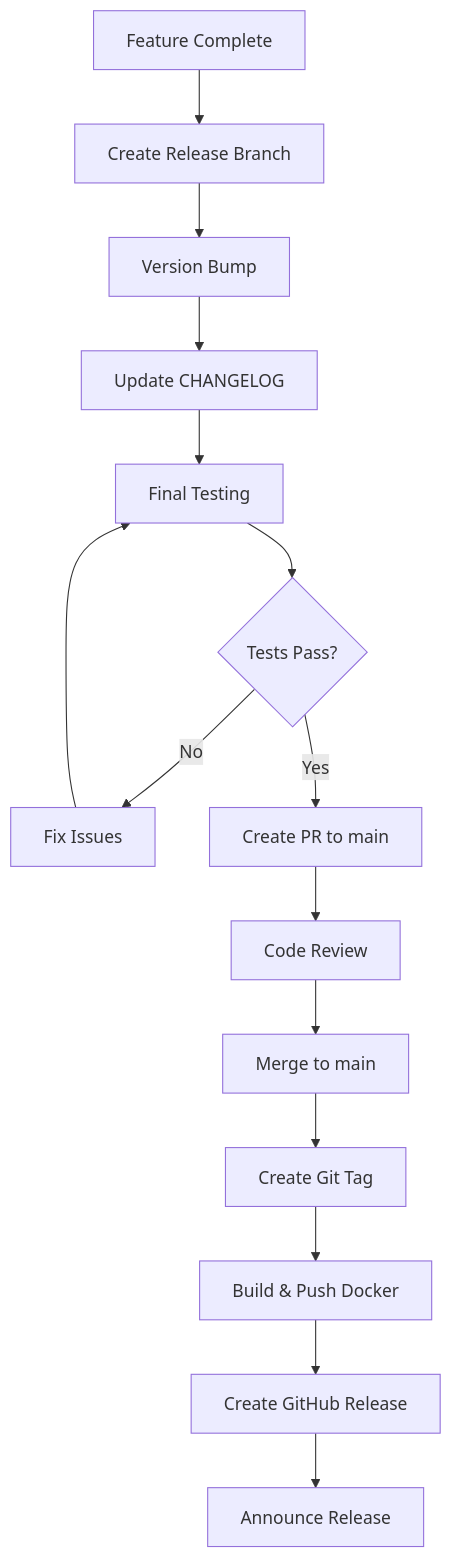
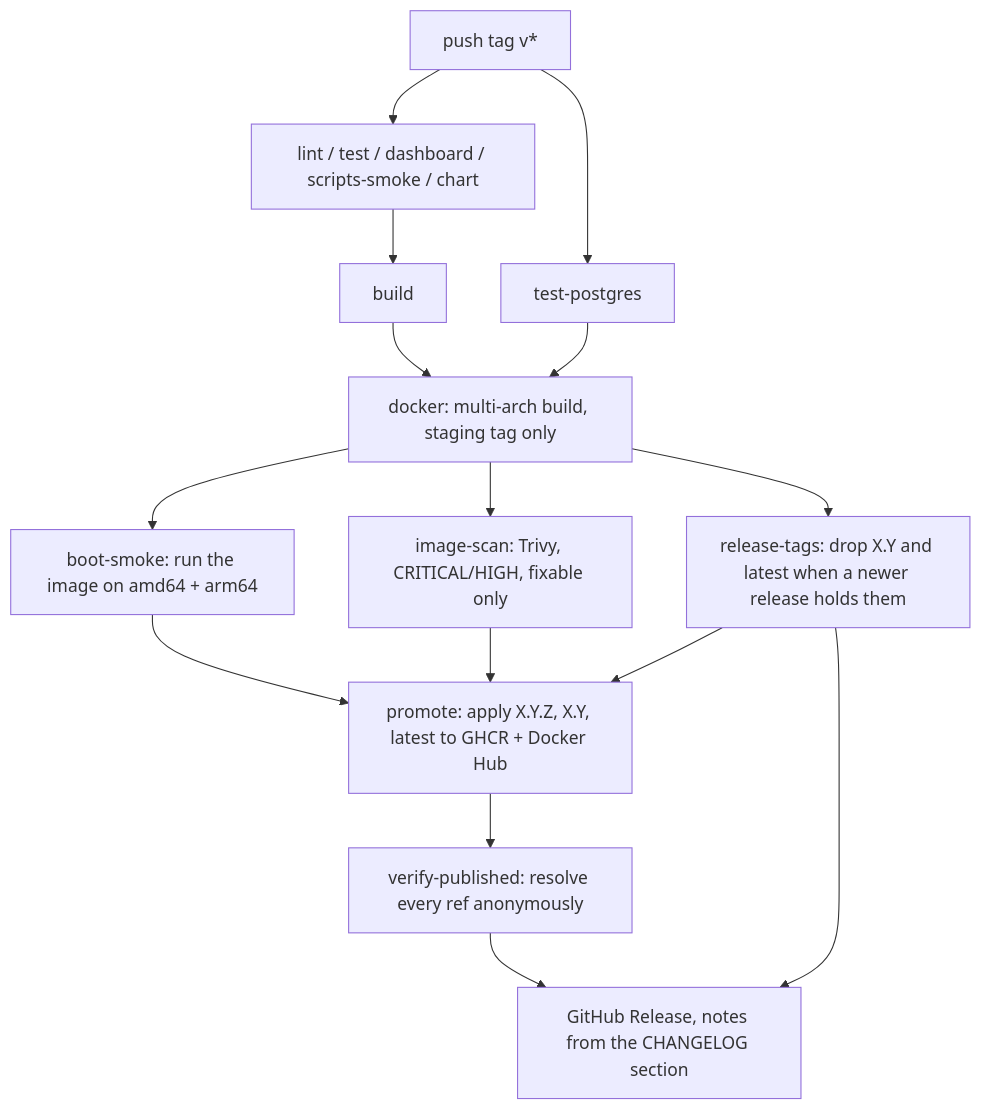
One commit to suryansh-business-work/duncit-all changed the seventh of 7 diagrams in portals/crm/open-wa-server/docs/15-project-roadmap.md. Above: the diagram before and after it, drawn with Mermaid. The commit also changed other lines of this file and 2547 other files, not shown here.

````diff
--- a/portals/crm/open-wa-server/docs/15-project-roadmap.md
+++ b/portals/crm/open-wa-server/docs/15-project-roadmap.md
@@ -622,17 +759,17 @@
 ```mermaid
 flowchart TB
-    A[Feature Complete] --> B[Create Release Branch]
-    B --> C[Version Bump]
-    C --> D[Update CHANGELOG]
-    D --> E[Final Testing]
-    E --> F{Tests Pass?}
-    F -->|No| G[Fix Issues]
-    G --> E
-    F -->|Yes| H[Create PR to main]
-    H --> I[Code Review]
-    I --> J[Merge to main]
-    J --> K[Create Git Tag]
-    K --> L[Build & Push Docker]
-    L --> M[Create GitHub Release]
-    M --> N[Announce Release]
+    A[push tag v*] --> B[lint / test / dashboard / scripts-smoke / chart]
+    A --> T[test-postgres]
+    B --> C[build]
+    C --> D[docker: multi-arch build, staging tag only]
+    T --> D
+    D --> E[boot-smoke: run the image on amd64 + arm64]
+    D --> F[image-scan: Trivy, CRITICAL/HIGH, fixable only]
+    D --> R[release-tags: drop X.Y and latest when a newer release holds them]
+    E --> G[promote: apply X.Y.Z, X.Y, latest to GHCR + Docker Hub]
+    F --> G
+    R --> G
+    R --> I
+    G --> H[verify-published: resolve every ref anonymously]
+    H --> I[GitHub Release, notes from the CHANGELOG section]
 ```
````
